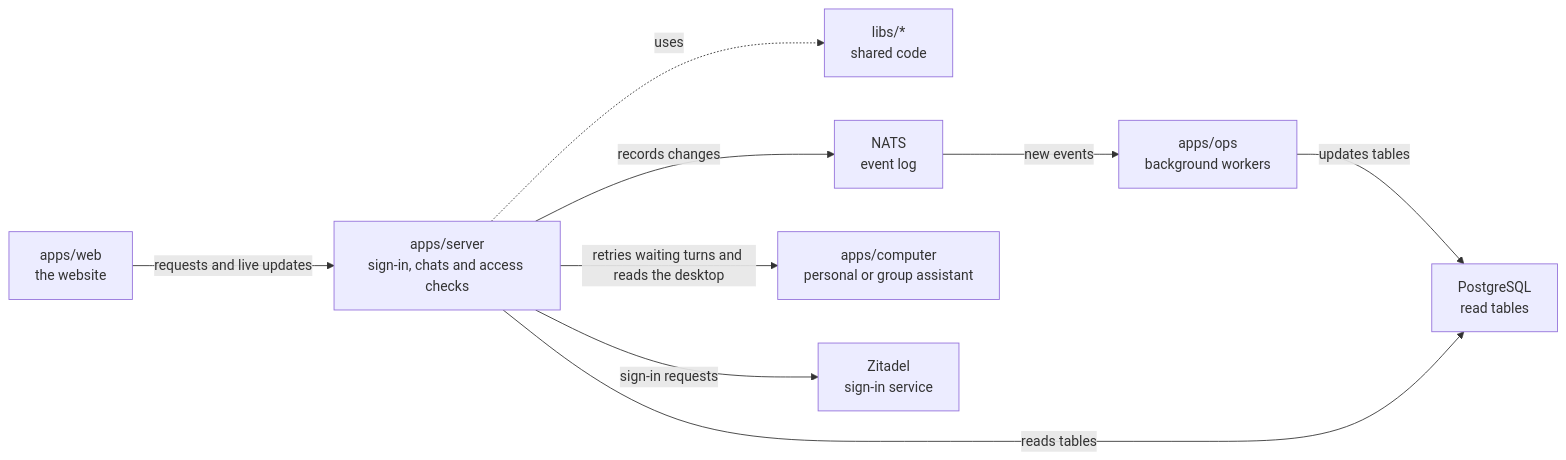
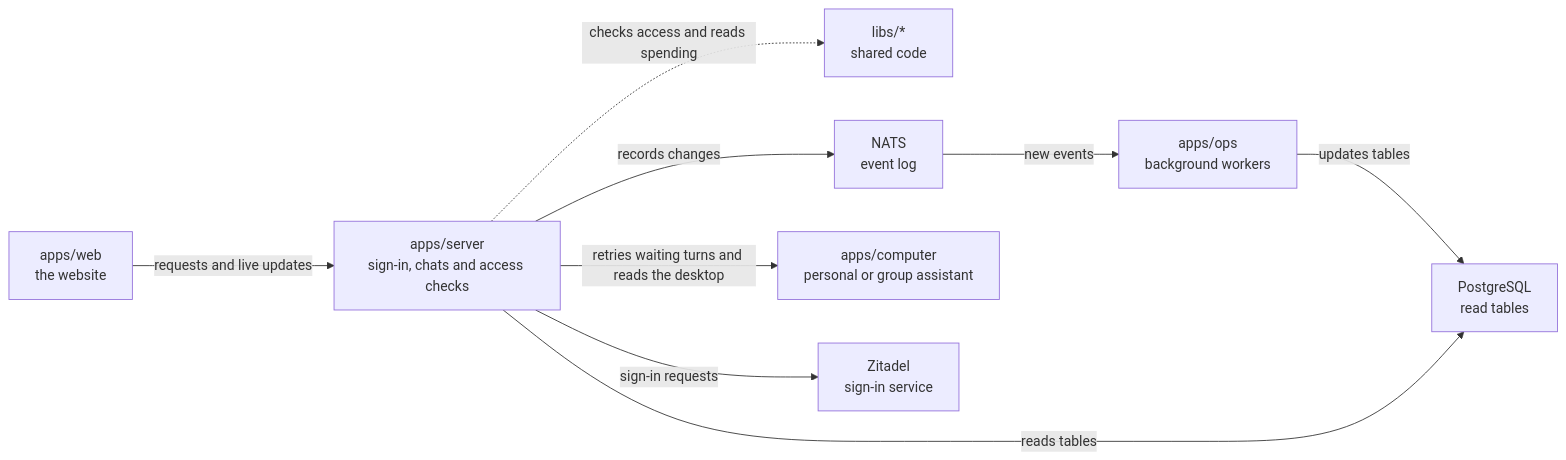
One commit to elewa-git/opencrane-new changed the diagram in apps/server/README.md. Above: the diagram before and after it, drawn with Mermaid. The commit also changed other lines of this file and 12 other files, not shown here.

Commit message:
🔧 Keep Spending reads independent of chat history.

````diff
--- a/apps/server/README.md
+++ b/apps/server/README.md
@@ -11,11 +11,11 @@
 ```mermaid
 flowchart LR
   web["apps/web<br/>the website"] -->|requests and live updates| server["apps/server<br/>sign-in, chats and access checks"]
-  server -.->|uses| libs["libs/*<br/>shared code"]
+  server -.->|checks access and reads spending| libs["libs/*<br/>shared code"]
   server -->|records changes| nats["NATS<br/>event log"]
   nats -->|new events| ops["apps/ops<br/>background workers"]
   ops -->|updates tables| postgres["PostgreSQL<br/>read tables"]
   server -->|reads tables| postgres
   server -->|retries waiting turns and reads the desktop| computer["apps/computer<br/>personal or group assistant"]
   server -->|sign-in requests| zitadel["Zitadel<br/>sign-in service"]
 ```
````
